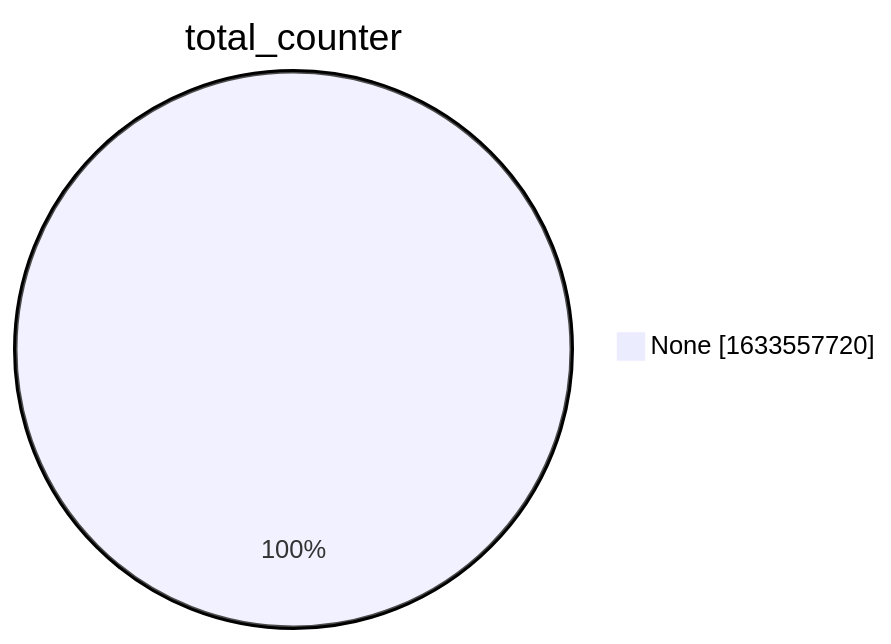
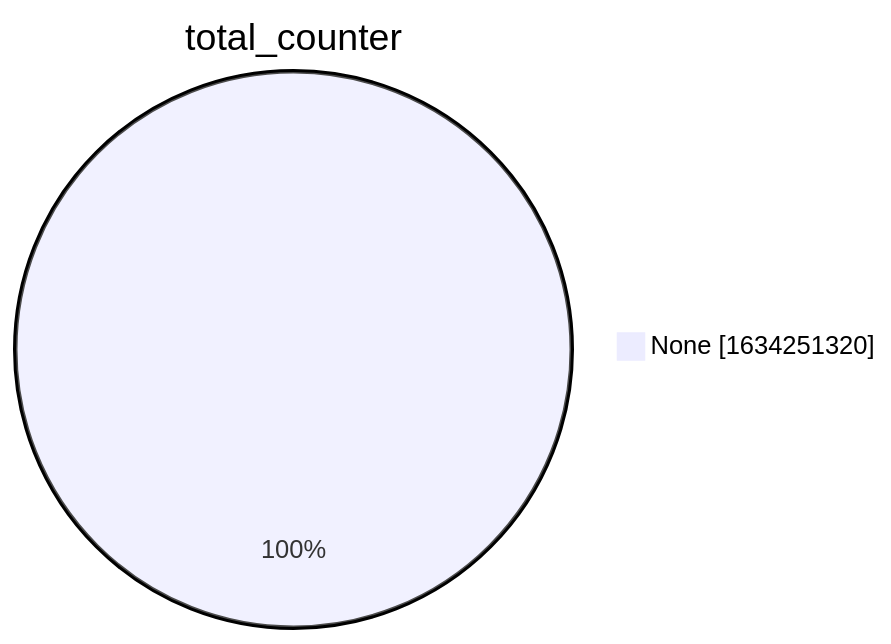
The second of 15 diagrams in xenon2022/README.md (christiankrug/ctmonitor_visualization), drawn with Mermaid before and after one commit. The commit also changed other lines of this file, not shown here.

````diff
--- a/xenon2022/README.md
+++ b/xenon2022/README.md
@@ -9,5 +9,5 @@
 ```mermaid
 pie showData
 title total_counter
-"None" :1633557720
+"None" :1634251320
 ```
````
